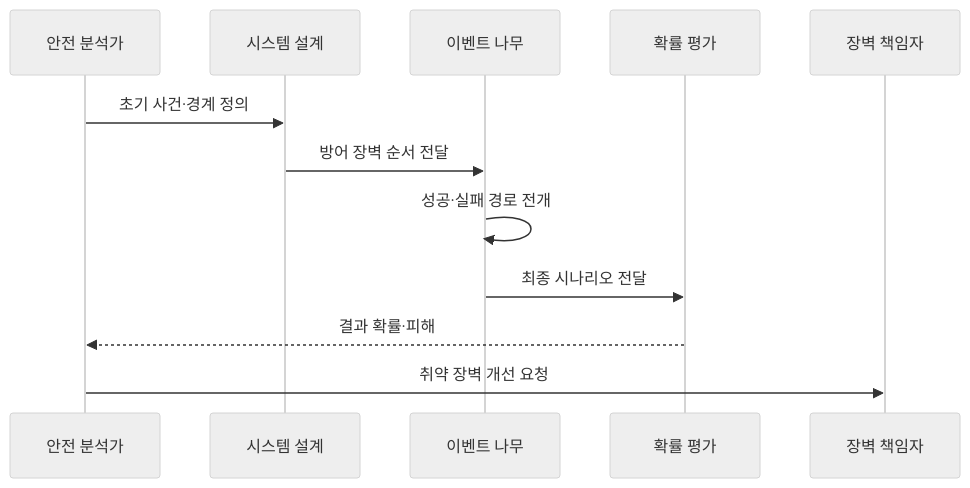
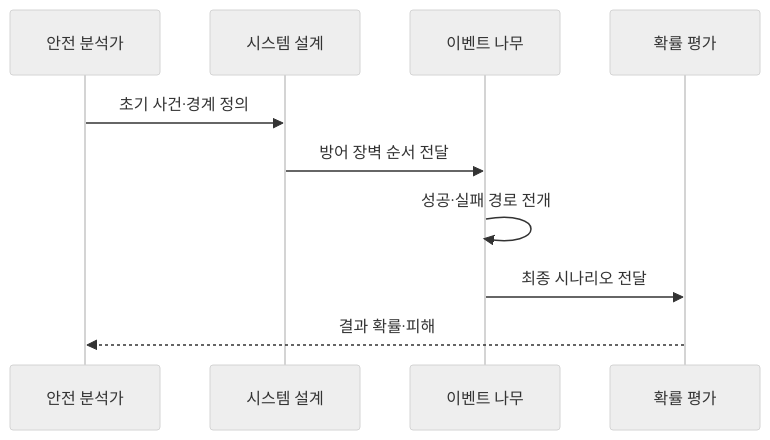
The second of 2 diagrams in src/content/docs/notes/06-evaluation/027_event_tree_analysis.md (agnusdei1207/knowledge-base), drawn with Mermaid (neutral theme) before and after one commit. The commit also changed other lines of this file and 11 other files, not shown here.

````diff
--- a/src/content/docs/notes/06-evaluation/027_event_tree_analysis.md
+++ b/src/content/docs/notes/06-evaluation/027_event_tree_analysis.md
@@ -81,14 +81,12 @@
 ```mermaid
 sequenceDiagram
     participant A as 안전 분석가
     participant S as 시스템 설계
     participant E as 이벤트 나무
     participant Q as 확률 평가
-    participant O as 장벽 책임자
     A->>S: 초기 사건·경계 정의
     S->>E: 방어 장벽 순서 전달
     E->>E: 성공·실패 경로 전개
     E->>Q: 최종 시나리오 전달
     Q-->>A: 결과 확률·피해
-    A->>O: 취약 장벽 개선 요청
 ```
````
